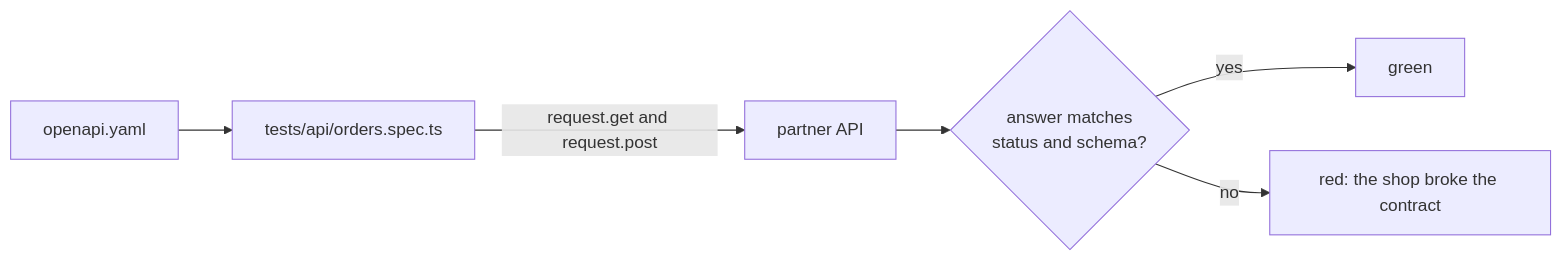
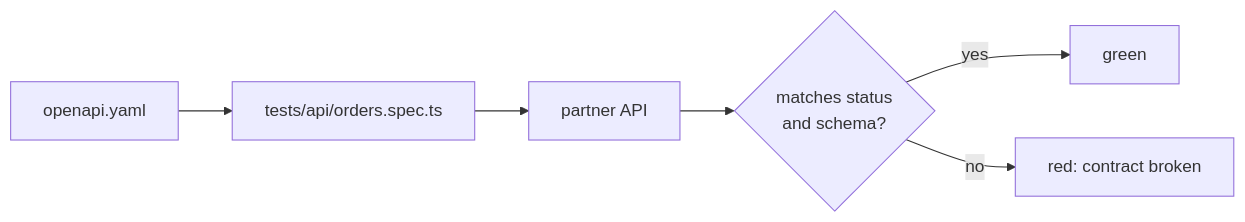
The diagram in parts/04-test-beyond-the-ui/01-test-the-order-api-contract/problem/README.md (learnwithparam/agentic-qa-workshop), drawn with Mermaid before and after one commit. The commit also changed other lines of this file and 298 other files, not shown here.

````diff
--- a/parts/04-test-beyond-the-ui/01-test-the-order-api-contract/problem/README.md
+++ b/parts/04-test-beyond-the-ui/01-test-the-order-api-contract/problem/README.md
@@ -12,8 +7,8 @@
 ```mermaid
 flowchart LR
   C[openapi.yaml] --> T[tests/api/orders.spec.ts]
-  T -->|request.get and request.post| A[partner API]
-  A --> S{answer matches<br/>status and schema?}
+  T --> A[partner API]
+  A --> S{matches status<br/>and schema?}
   S -->|yes| G[green]
-  S -->|no| R[red: the shop broke the contract]
+  S -->|no| R[red: contract broken]
 ```
````
